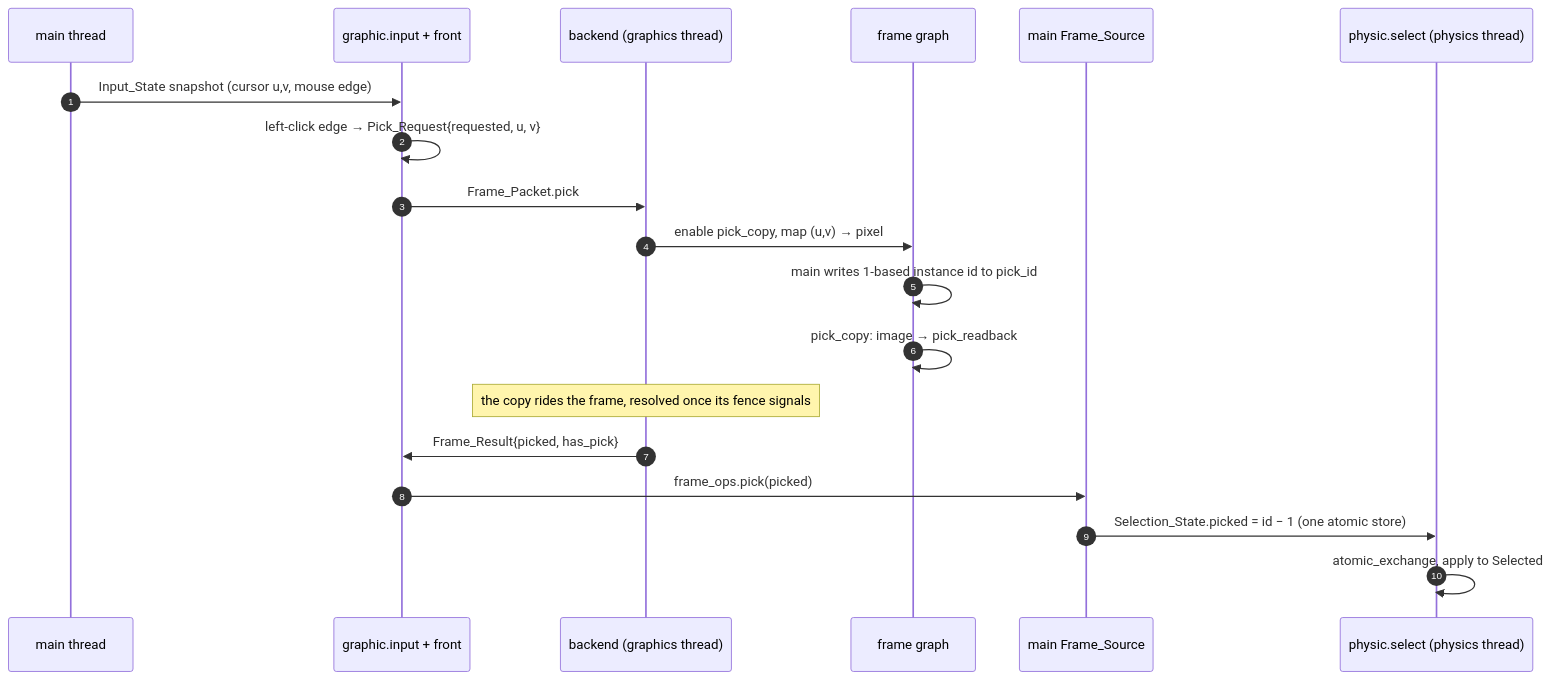
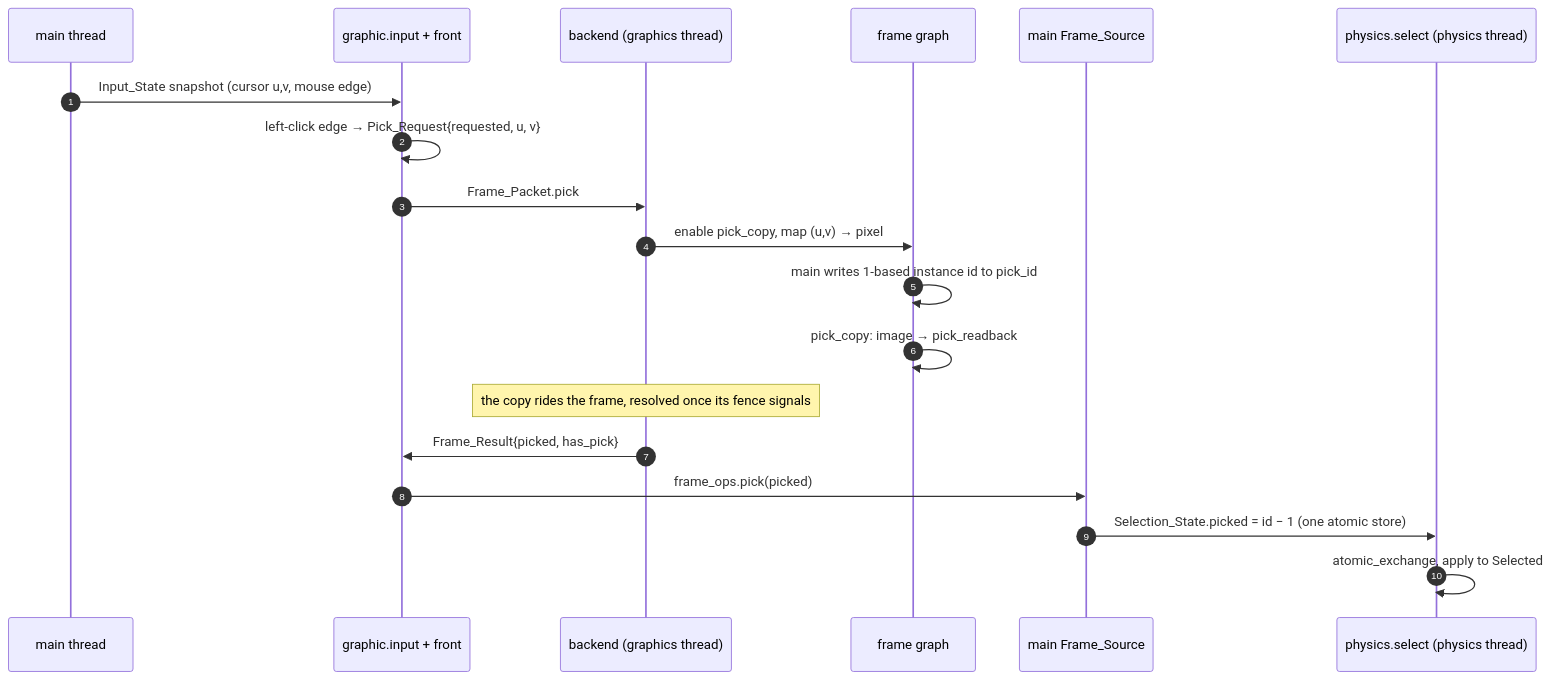
Before and after one commit to TanukiConDos/Gravity-Simulator: the fifth of 5 diagrams in docs/renderer.md, drawn with Mermaid. The commit also changed other lines of this file and 115 other files, not shown here.

````diff
--- a/docs/renderer.md
+++ b/docs/renderer.md
@@ -425,22 +425,22 @@
 ```mermaid
 sequenceDiagram
     autonumber
     participant M as main thread
     participant I as graphic.input + front
     participant B as backend (graphics thread)
     participant FG as frame graph
     participant PR as main Frame_Source
-    participant P as physic.select (physics thread)
+    participant P as physics.select (physics thread)
 
     M->>I: Input_State snapshot (cursor u,v, mouse edge)
     I->>I: left-click edge → Pick_Request{requested, u, v}
     I->>B: Frame_Packet.pick
     B->>FG: enable pick_copy, map (u,v) → pixel
     FG->>FG: main writes 1-based instance id to pick_id
     FG->>FG: pick_copy: image → pick_readback
     Note over B: the copy rides the frame, resolved once its fence signals
     B->>I: Frame_Result{picked, has_pick}
     I->>PR: frame_ops.pick(picked)
     PR->>P: Selection_State.picked = id − 1 (one atomic store)
     P->>P: atomic_exchange, apply to Selected
 ```
````
